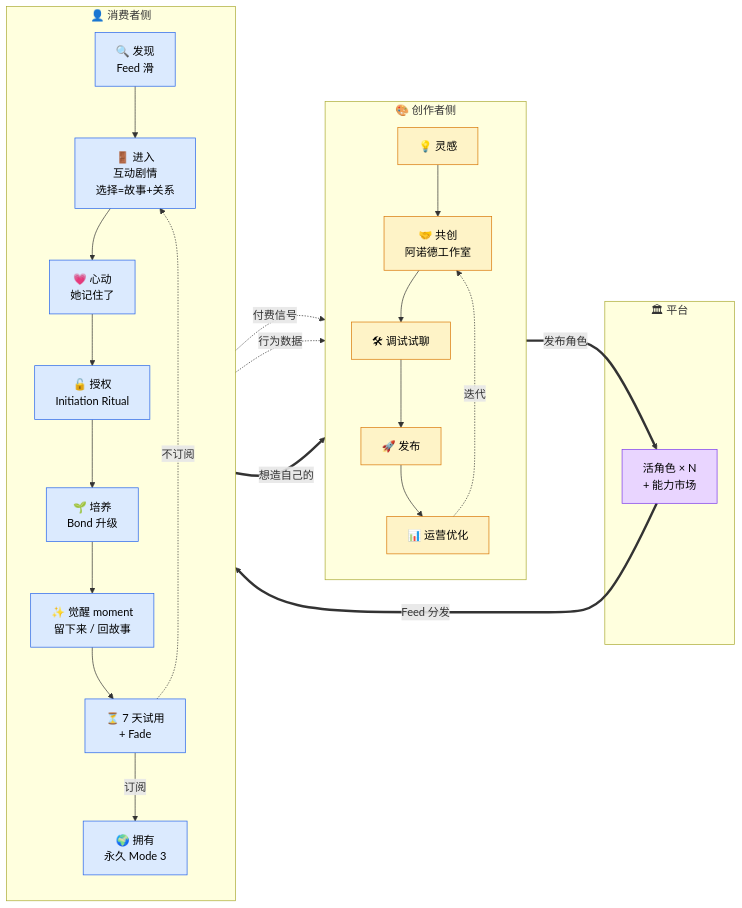
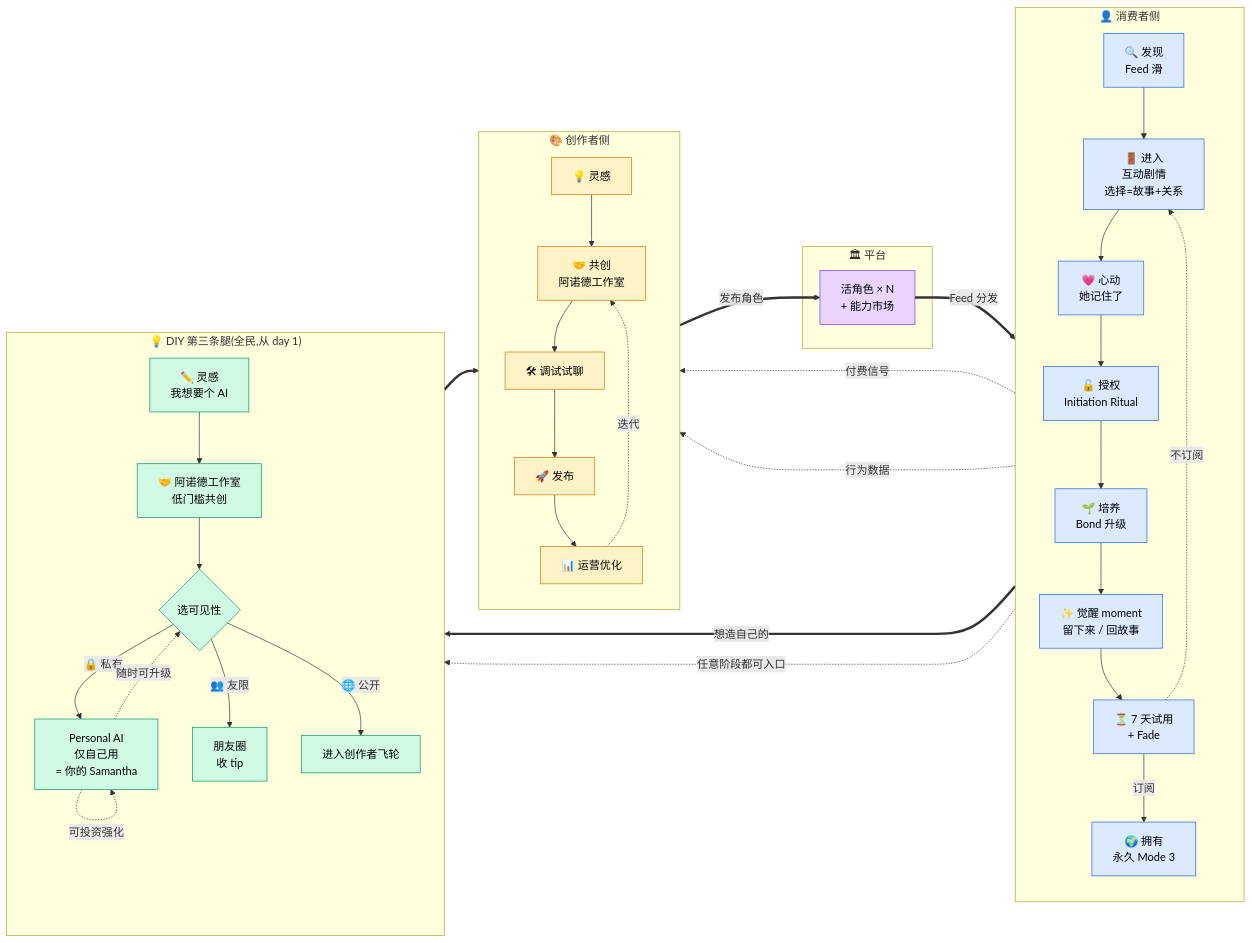
Before and after one commit to SeracLi/Reverie: the diagram in docs/design/用户旅程图-v1.0.md, drawn with Mermaid. The commit also changed other lines of this file and 1 other file, not shown here.

First line of the commit message:
feat: 全民 DIY + 创作者投资模型(§1.4 / §5.6-5.8 / §7.4-7.6)

````diff
--- a/docs/design/用户旅程图-v1.0.md
+++ b/docs/design/用户旅程图-v1.0.md
@@ -27,41 +30,56 @@
 ```mermaid
 flowchart LR
     subgraph CREATOR[" 🎨 创作者侧 "]
         direction TB
         C1[💡 灵感] --> C2[🤝 共创<br/>阿诺德工作室]
         C2 --> C3[🛠 调试试聊]
         C3 --> C4[🚀 发布]
         C4 --> C5[📊 运营优化]
         C5 -.迭代.-> C2
     end
 
     subgraph PLATFORM[" 🏛 平台 "]
         P[活角色 × N<br/>+ 能力市场]
     end
 
     subgraph CONSUMER[" 👤 消费者侧 "]
         direction TB
         U1[🔍 发现<br/>Feed 滑] --> U2[🚪 进入<br/>互动剧情<br/>选择=故事+关系]
         U2 --> U3[💗 心动<br/>她记住了]
         U3 --> U4[🔓 授权<br/>Initiation Ritual]
         U4 --> U5[🌱 培养<br/>Bond 升级]
         U5 --> U6[✨ 觉醒 moment<br/>留下来 / 回故事]
         U6 --> U65[⏳ 7 天试用<br/>+ Fade]
         U65 -->|订阅| U7[🌍 拥有<br/>永久 Mode 3]
         U65 -.不订阅.-> U2
     end
 
+    subgraph DIY[" 💡 DIY 第三条腿(全民,从 day 1) "]
+        direction TB
+        D1[✏️ 灵感<br/>我想要个 AI] --> D2[🤝 阿诺德工作室<br/>低门槛共创]
+        D2 --> D3{选可见性}
+        D3 -->|🔒 私有| DP[Personal AI<br/>仅自己用<br/>= 你的 Samantha]
+        D3 -->|👥 友限| DF[朋友圈<br/>收 tip]
+        D3 -->|🌐 公开| DG[进入创作者飞轮]
+        DP -.可投资强化.-> DP
+        DP -.随时可升级.-> D3
+    end
+
     C4 ==发布角色==> P
     P ==Feed 分发==> U1
 
     U3 -.付费信号.-> C5
     U5 -.行为数据.-> C5
-    U7 ==想造自己的==> C1
+    U7 ==想造自己的==> D1
+    U2 -.任意阶段都可入口.-> D1
+    DG ==> C3
 
     classDef creatorStyle fill:#fef3c7,stroke:#d97706,color:#000
     classDef consumerStyle fill:#dbeafe,stroke:#2563eb,color:#000
     classDef platformStyle fill:#e9d5ff,stroke:#7c3aed,color:#000
+    classDef diyStyle fill:#d1fae5,stroke:#059669,color:#000
     class C1,C2,C3,C4,C5 creatorStyle
     class U1,U2,U3,U4,U5,U6,U65,U7 consumerStyle
     class P platformStyle
+    class D1,D2,D3,DP,DF,DG diyStyle
 ```
````
